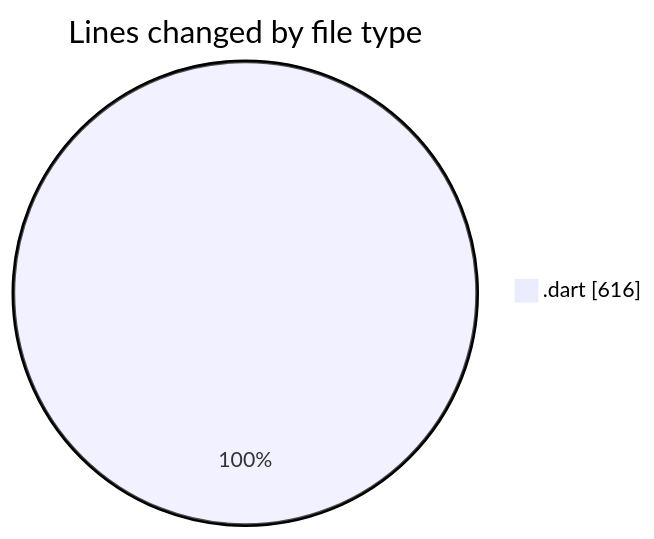
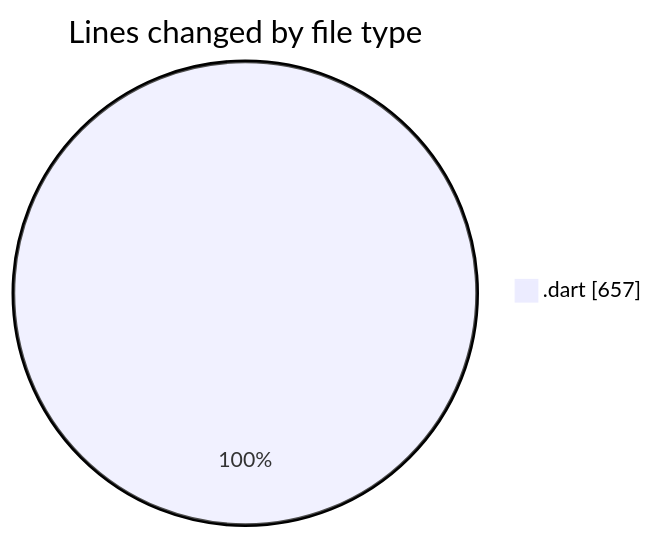
One commit to donsfak/code-tracking changed the first of 2 diagrams in 2025-01-13/trackers_app/README.md. Above: the diagram before and after it, drawn with Mermaid. The commit also changed other lines of this file and 1 other file, not shown here.

````diff
--- a/2025-01-13/trackers_app/README.md
+++ b/2025-01-13/trackers_app/README.md
@@ -23,5 +24,5 @@
 ```mermaid
 pie showData
 title Lines changed by file type
-".dart" : 616
+".dart" : 657
 ```
````
